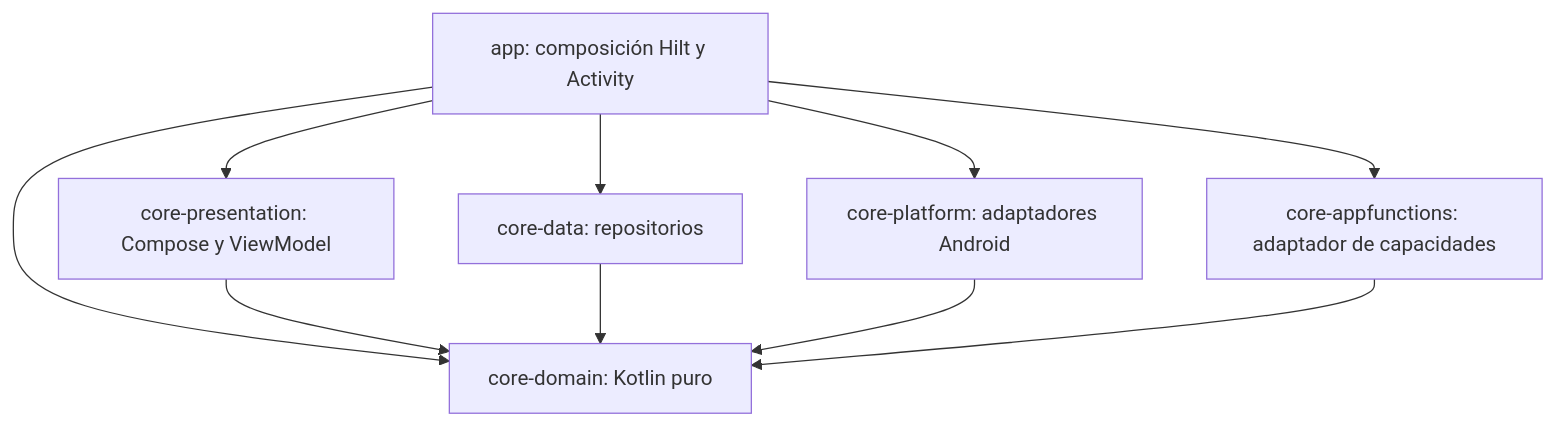
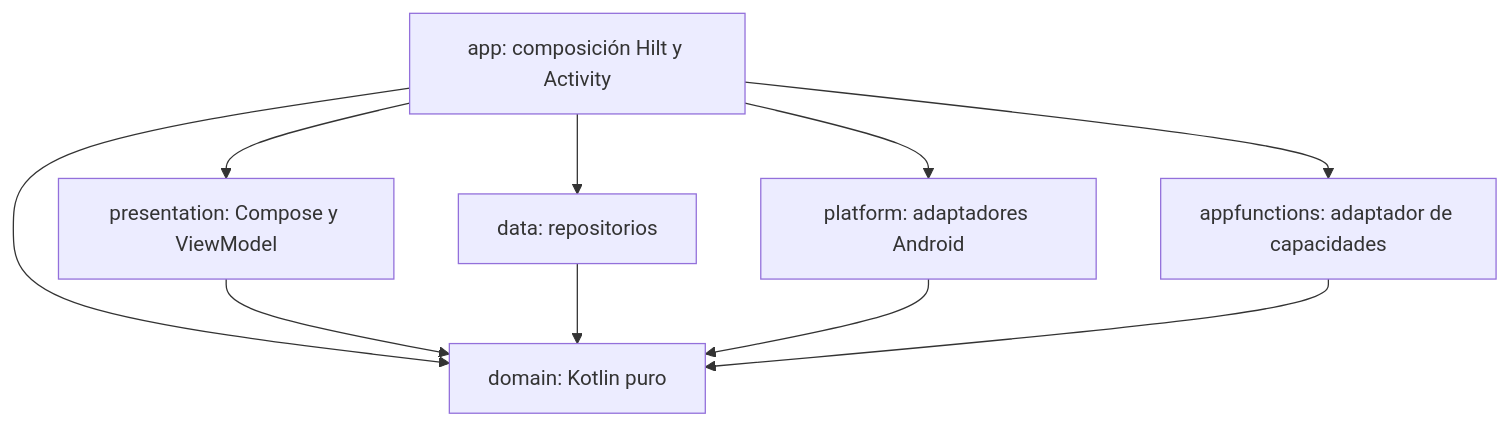
One commit to raulruval/cercafunctions changed the first of 2 diagrams in docs/architecture.md. Above: the diagram before and after it, drawn with Mermaid. The commit also changed other lines of this file and 169 other files, not shown here.

Commit message:
feat: finalize simplified AppFunctions demo and module naming (UC-009)

````diff
--- a/docs/architecture.md
+++ b/docs/architecture.md
@@ -7,12 +20,12 @@
 ```mermaid
 flowchart TD
-    app[app: composición Hilt y Activity] --> presentation[core-presentation: Compose y ViewModel]
-    app --> data[core-data: repositorios]
-    app --> platform[core-platform: adaptadores Android]
-    app --> functions[core-appfunctions: adaptador de capacidades]
-    app --> domain[core-domain: Kotlin puro]
+    app[app: composición Hilt y Activity] --> presentation[presentation: Compose y ViewModel]
+    app --> data[data: repositorios]
+    app --> platform[platform: adaptadores Android]
+    app --> functions[appfunctions: adaptador de capacidades]
+    app --> domain[domain: Kotlin puro]
     presentation --> domain
     data --> domain
     platform --> domain
     functions --> domain
 ```
````
